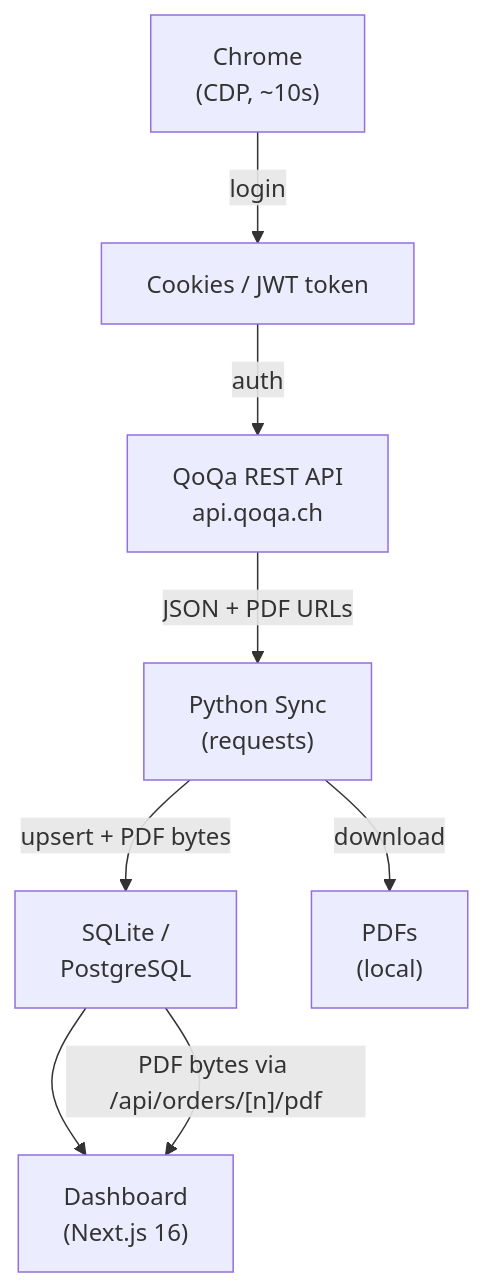
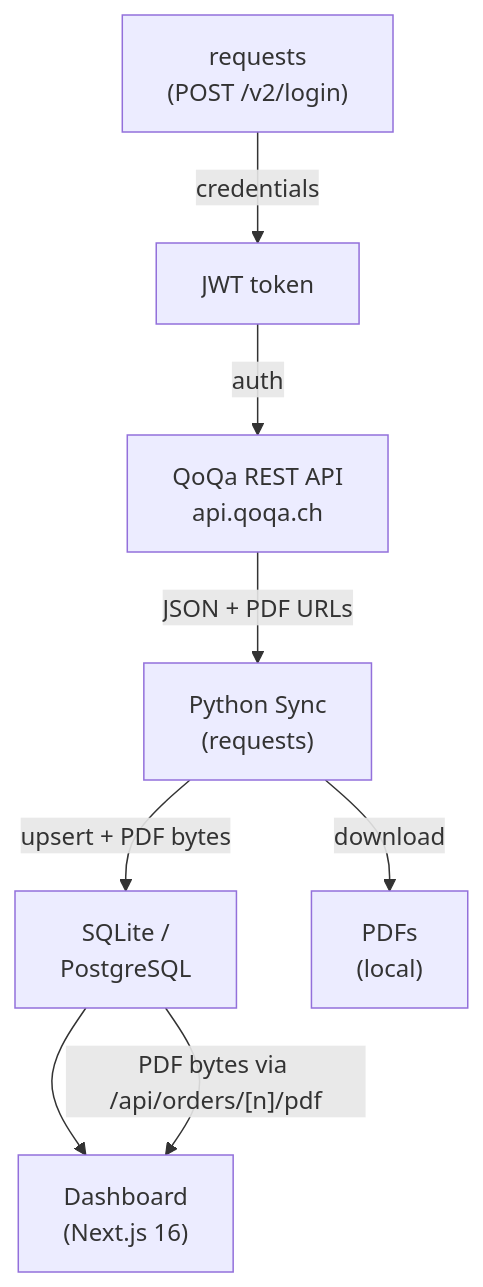
Before and after one commit to nyg/qoqa-compta: the diagram in docs/architecture.md, drawn with Mermaid. The commit also changed other lines of this file and 22 other files, not shown here.

Commit message:
refactor(crawler): replace SeleniumBase with pure requests auth (#35)

````diff
--- a/docs/architecture.md
+++ b/docs/architecture.md
@@ -8,18 +8,18 @@
 ```mermaid
 flowchart TD
-    Chrome["Chrome\n(CDP, ~10s)"]
-    JWT["Cookies / JWT token"]
+    Auth["requests\n(POST /v2/login)"]
+    JWT["JWT token"]
     QoqaAPI["QoQa REST API\napi.qoqa.ch"]
     PythonSync["Python Sync\n(requests)"]
     DB["SQLite /\nPostgreSQL"]
     PDFs["PDFs\n(local)"]
     Dashboard["Dashboard\n(Next.js 16)"]
 
-    Chrome -->|login| JWT
+    Auth -->|credentials| JWT
     JWT -->|auth| QoqaAPI
     QoqaAPI -->|"JSON + PDF URLs"| PythonSync
     PythonSync -->|upsert + PDF bytes| DB
     PythonSync -->|download| PDFs
     DB --> Dashboard
     DB -->|"PDF bytes via /api/orders/[n]/pdf"| Dashboard
 ```
````
